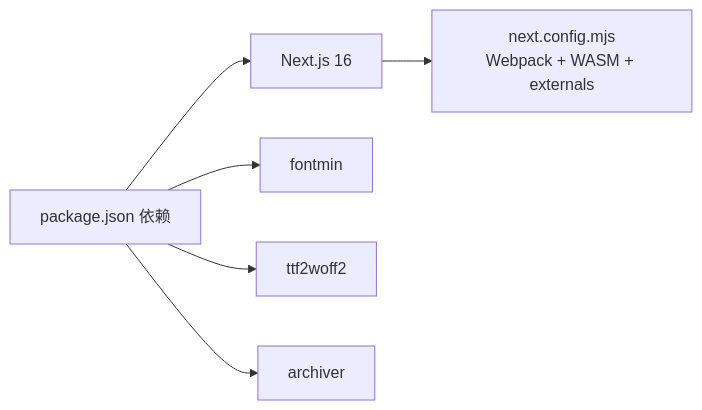
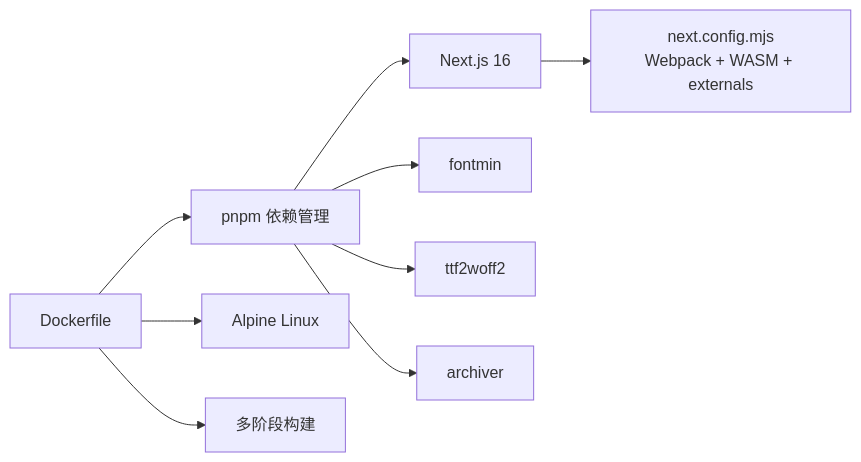
One commit to tutusiji/FontMinify changed the sixth of 6 diagrams in .qoder/repowiki/zh/content/部署运维/部署运维.md. Above: the diagram before and after it, drawn with Mermaid. The commit also changed other lines of this file and 12 other files, not shown here.

````diff
--- a/.qoder/repowiki/zh/content/部署运维/部署运维.md
+++ b/.qoder/repowiki/zh/content/部署运维/部署运维.md
@@ -212,8 +297,11 @@
 ```mermaid
 graph LR
 P["package.json 依赖"] --> N["Next.js 16"]
 P --> F["fontmin"]
 P --> W["ttf2woff2"]
 P --> Z["archiver"]
 N --> C["next.config.mjs<br/>Webpack + WASM + externals"]
+D["Dockerfile"] --> A["Alpine Linux"]
+D --> P["pnpm 依赖管理"]
+D --> S["多阶段构建"]
 ```
````
